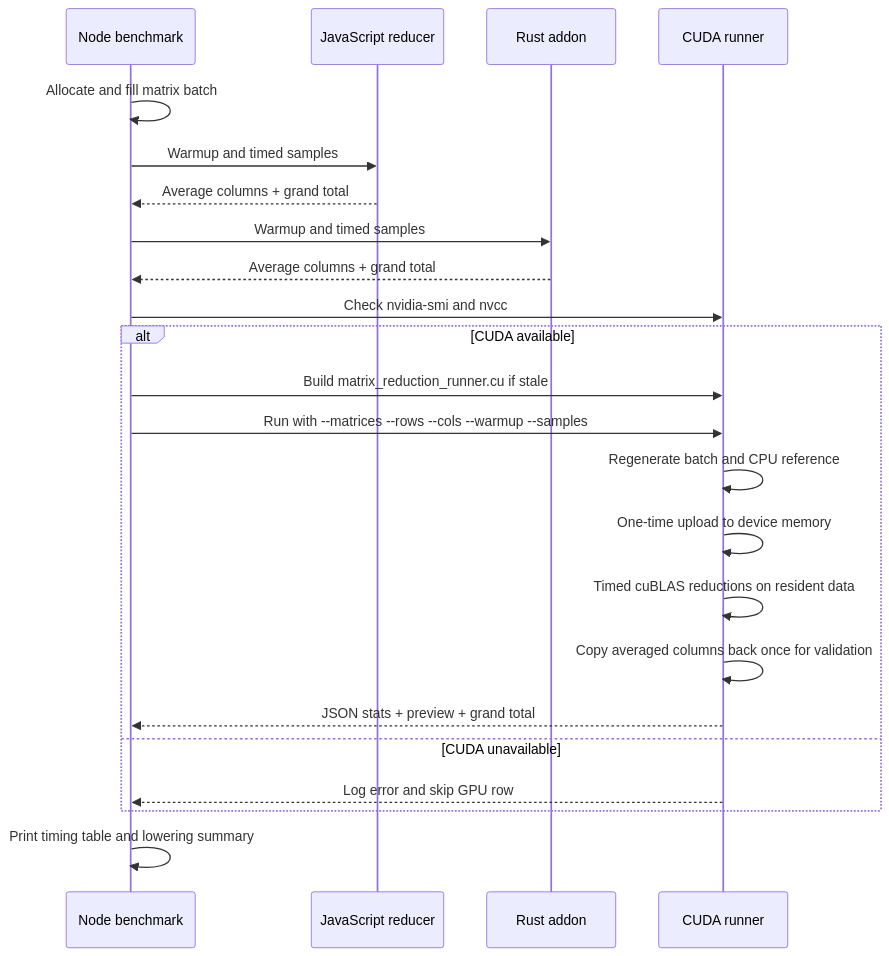
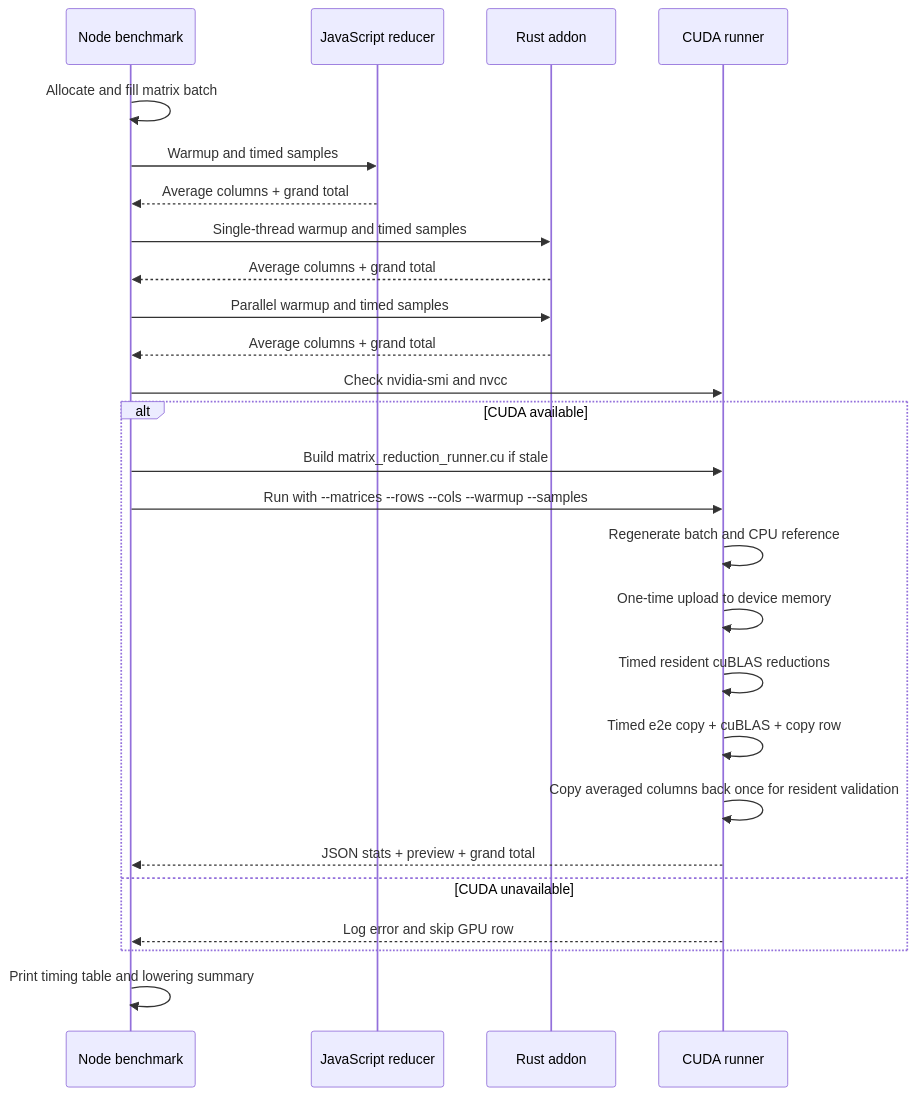
The second of 2 diagrams in README.md (mtharrison/shader-benchmarking), drawn with Mermaid before and after one commit. The commit also changed other lines of this file and 10 other files, not shown here.

````diff
--- a/README.md
+++ b/README.md
@@ -129,26 +129,29 @@
 ```mermaid
 sequenceDiagram
     participant Bench as Node benchmark
     participant JS as JavaScript reducer
     participant Rust as Rust addon
     participant CUDA as CUDA runner
 
     Bench->>Bench: Allocate and fill matrix batch
     Bench->>JS: Warmup and timed samples
     JS-->>Bench: Average columns + grand total
-    Bench->>Rust: Warmup and timed samples
+    Bench->>Rust: Single-thread warmup and timed samples
+    Rust-->>Bench: Average columns + grand total
+    Bench->>Rust: Parallel warmup and timed samples
     Rust-->>Bench: Average columns + grand total
     Bench->>CUDA: Check nvidia-smi and nvcc
     alt CUDA available
         Bench->>CUDA: Build matrix_reduction_runner.cu if stale
         Bench->>CUDA: Run with --matrices --rows --cols --warmup --samples
         CUDA->>CUDA: Regenerate batch and CPU reference
         CUDA->>CUDA: One-time upload to device memory
-        CUDA->>CUDA: Timed cuBLAS reductions on resident data
-        CUDA->>CUDA: Copy averaged columns back once for validation
+        CUDA->>CUDA: Timed resident cuBLAS reductions
+        CUDA->>CUDA: Timed e2e copy + cuBLAS + copy row
+        CUDA->>CUDA: Copy averaged columns back once for resident validation
         CUDA-->>Bench: JSON stats + preview + grand total
     else CUDA unavailable
         CUDA-->>Bench: Log error and skip GPU row
     end
     Bench->>Bench: Print timing table and lowering summary
 ```
````
